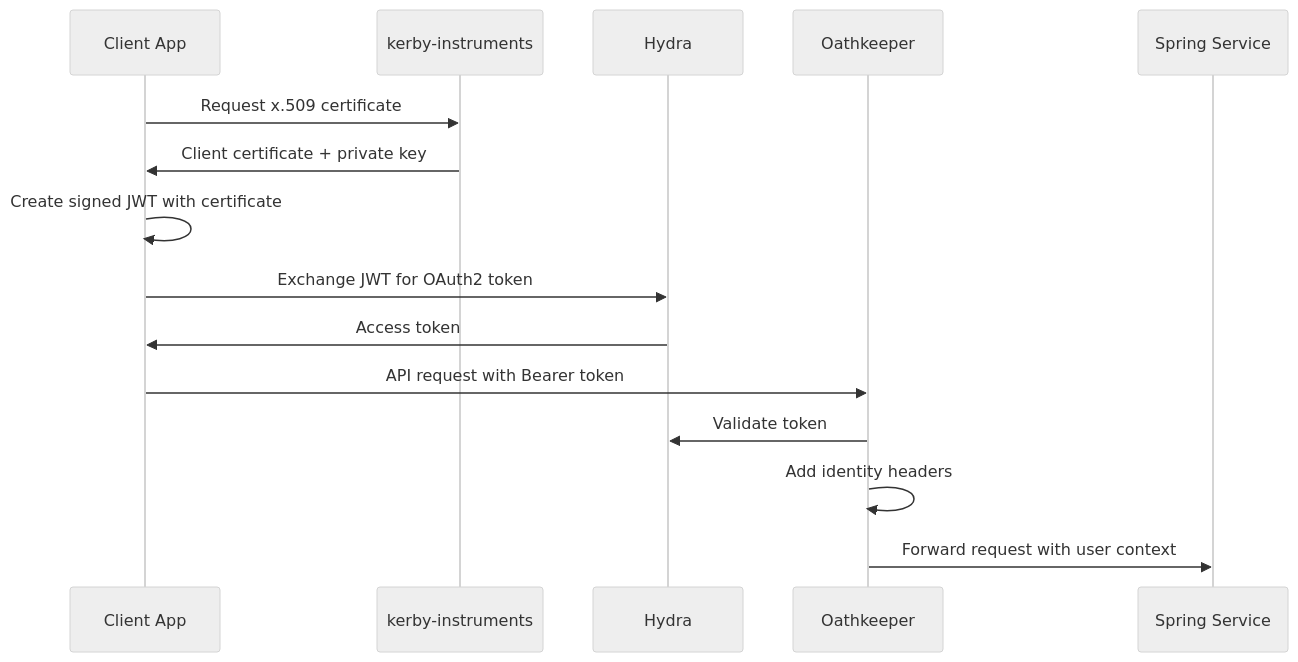
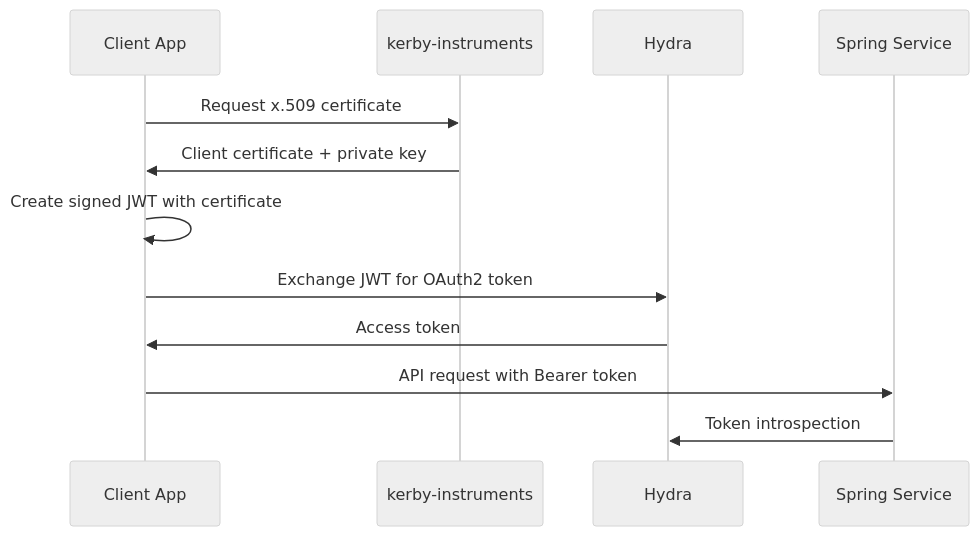
The diagram in conf/Ory/drafts/README.md (mesbrj/book-looker-realm), drawn with Mermaid (neutral theme) before and after one commit. The commit also changed 1 other file, not shown here.

````diff
--- a/conf/Ory/drafts/README.md
+++ b/conf/Ory/drafts/README.md
@@ -73,18 +73,16 @@
 ```mermaid
 sequenceDiagram
     participant C as Client App
     participant KI as kerby-instruments  
     participant H as Hydra
-    participant O as Oathkeeper
     participant S as Spring Service
 
     C->>KI: Request x.509 certificate
     KI->>C: Client certificate + private key
     C->>C: Create signed JWT with certificate
     C->>H: Exchange JWT for OAuth2 token
     H->>C: Access token
-    C->>O: API request with Bearer token
-    O->>H: Validate token
-    O->>O: Add identity headers
-    O->>S: Forward request with user context
+    C->>S: API request with Bearer token
+    S->>H: Token introspection
+
 ```
````
